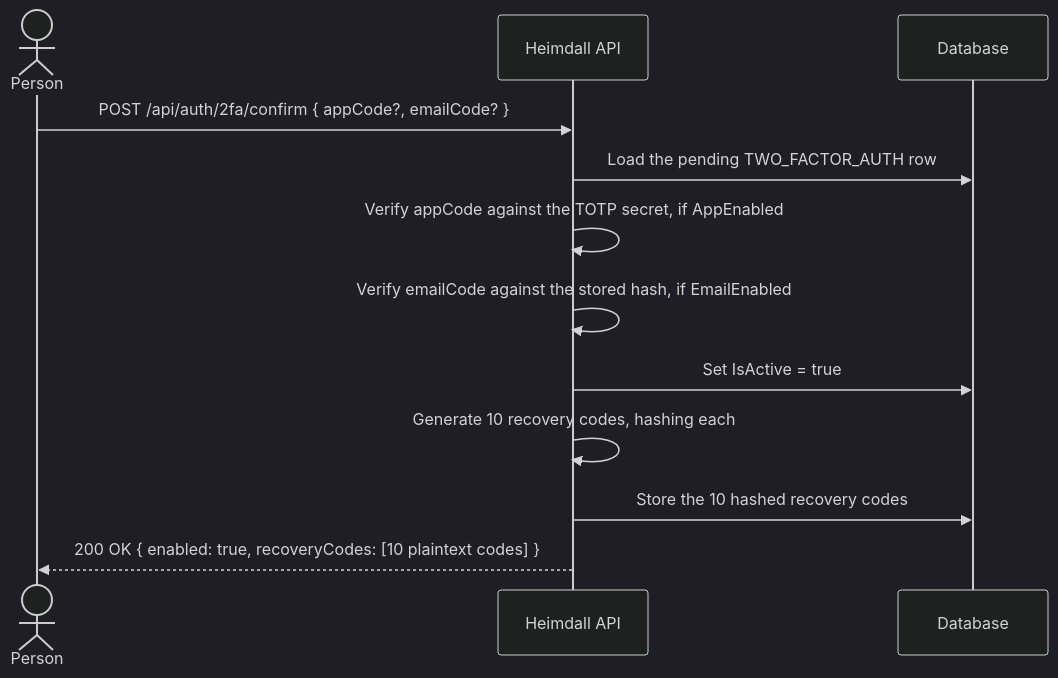
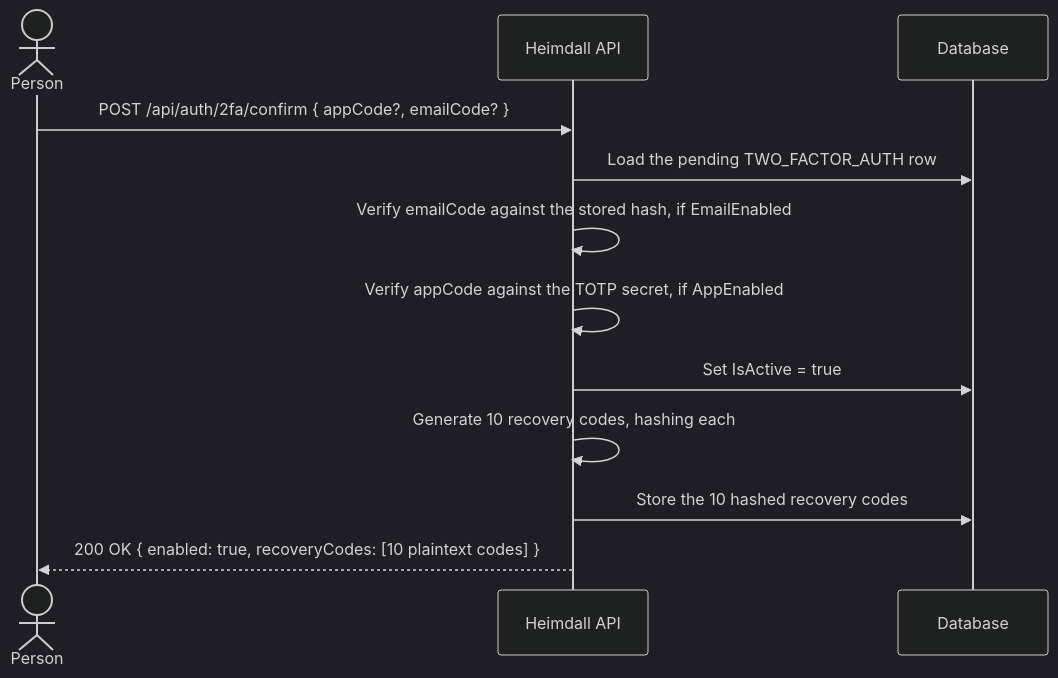
Before and after one commit to artur-rios/heimdall-api: diagram 17 of 39 in docs/requirements/Use Case Specification Document.md, drawn with Mermaid (dark theme). The commit also changed other lines of this file and 4 other files, not shown here.

First line of the commit message:
fix: check the email code before the app code

````diff
--- a/docs/requirements/Use Case Specification Document.md
+++ b/docs/requirements/Use Case Specification Document.md
@@ -1784,15 +1784,15 @@
 ```mermaid
 sequenceDiagram
     actor P as Person
     participant API as Heimdall API
     participant DB as Database
 
     P->>API: POST /api/auth/2fa/confirm { appCode?, emailCode? }
     API->>DB: Load the pending TWO_FACTOR_AUTH row
+    API->>API: Verify emailCode against the stored hash, if EmailEnabled
     API->>API: Verify appCode against the TOTP secret, if AppEnabled
-    API->>API: Verify emailCode against the stored hash, if EmailEnabled
     API->>DB: Set IsActive = true
     API->>API: Generate 10 recovery codes, hashing each
     API->>DB: Store the 10 hashed recovery codes
     API-->>P: 200 OK { enabled: true, recoveryCodes: [10 plaintext codes] }
 ```
````
